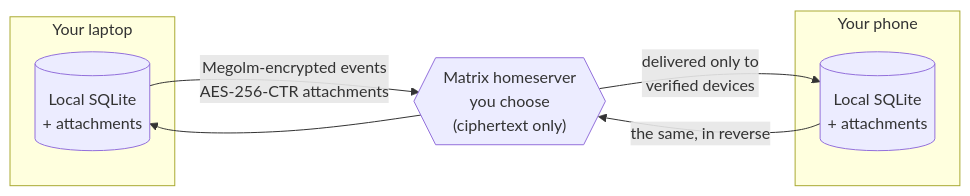
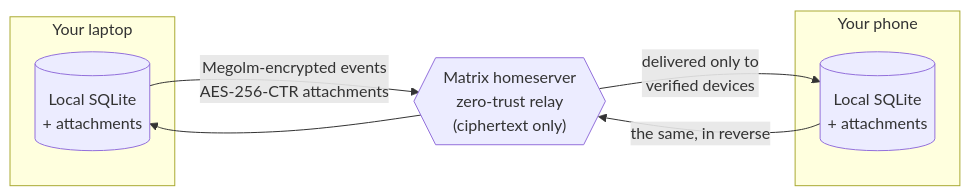
Before and after one commit to matthiasn/lotti: the first of 2 diagrams in README.md, drawn with Mermaid. The commit also changed other lines of this file, not shown here.

First line of the commit message:
docs: README frames the sync relay as zero trust, adds ZDR inference

````diff
--- a/README.md
+++ b/README.md
@@ -68,14 +70,14 @@
 ```mermaid
 flowchart LR
     subgraph D1["Your laptop"]
         L1[(Local SQLite<br/>+ attachments)]
     end
     subgraph D2["Your phone"]
         L2[(Local SQLite<br/>+ attachments)]
     end
-    R{{"Matrix homeserver<br/>you choose<br/>(ciphertext only)"}}
+    R{{"Matrix homeserver<br/>zero-trust relay<br/>(ciphertext only)"}}
     L1 -- "Megolm-encrypted events<br/>AES-256-CTR attachments" --> R
     R -- "delivered only to<br/>verified devices" --> L2
     L2 -- "the same, in reverse" --> R
     R --> L1
 ```
````
